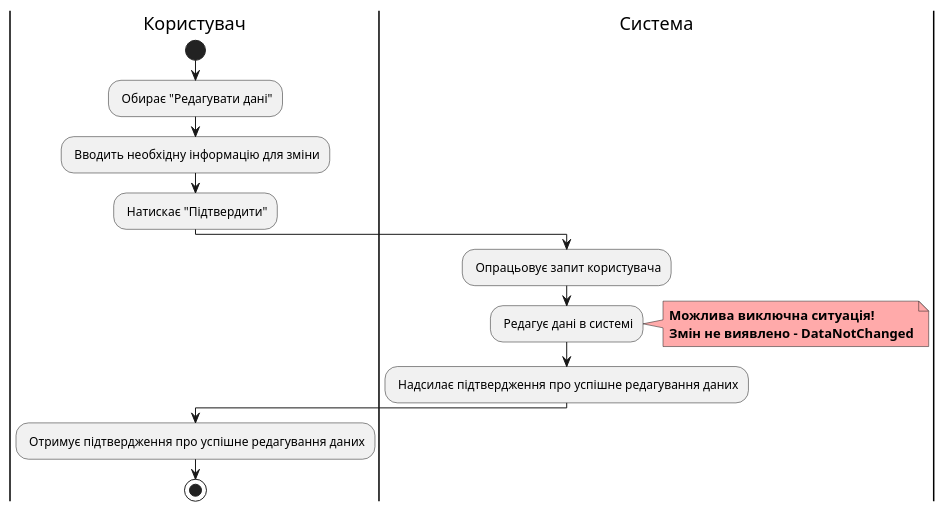
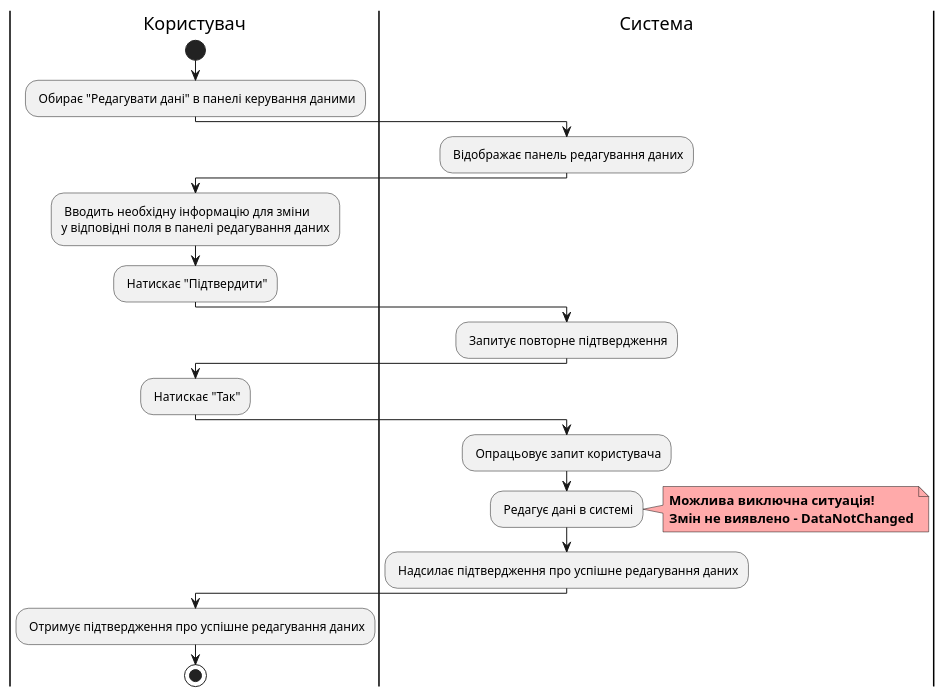
Before and after one commit to watashone/db-labs: the eighth of 19 diagrams in docs/use cases/README.md, drawn with PlantUML. The commit also changed other lines of this file, not shown here.

```diff
--- a/docs/use cases/README.md
+++ b/docs/use cases/README.md
@@ -245,20 +259,27 @@
 @startuml
 
     |Користувач|
         start
-        : Обирає "Редагувати дані";
-        : Вводить необхідну інформацію для зміни;
+        : Обирає "Редагувати дані" в панелі керування даними;
+    |Система|
+        : Відображає панель редагування даних;
+    |Користувач|
+        : Вводить необхідну інформацію для зміни \nу відповідні поля в панелі редагування даних;
         : Натискає "Підтвердити";
+    |Система|
+        : Запитує повторне підтвердження;
+    |Користувач|
+        : Натискає "Так";
     |Система|
         : Опрацьовує запит користувача;
         : Редагує дані в системі;
         note right #ffaaaa
         <b>Можлива виключна ситуація!</b>
         <b>Змін не виявлено - DataNotChanged</b>
         end note
         : Надсилає підтвердження про успішне редагування даних;
     |Користувач|
         : Отримує підтвердження про успішне редагування даних;
         stop
         
 @enduml
```
